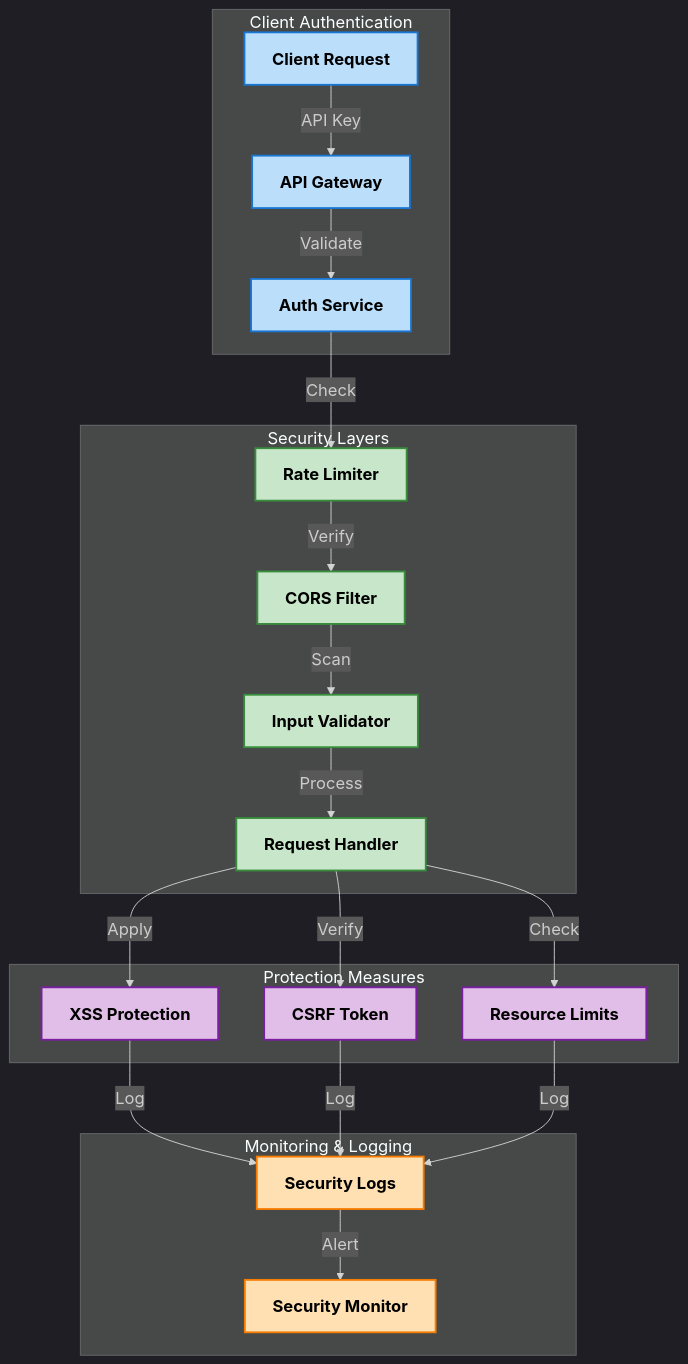
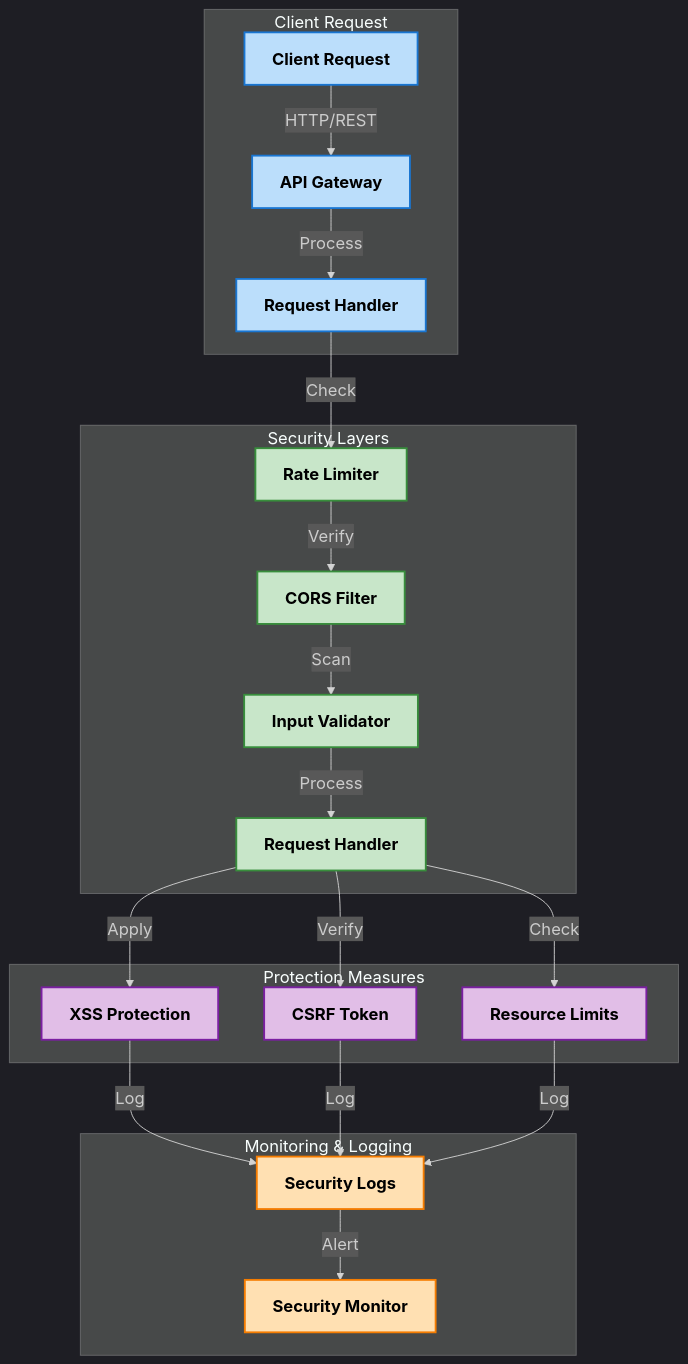
One commit to Dhruv0306/SymphonyProject1 changed the second of 9 diagrams in README.md. Above: the diagram before and after it, drawn with Mermaid. The commit also changed other lines of this file, not shown here.

````diff
--- a/README.md
+++ b/README.md
@@ -120,38 +122,38 @@
 ```mermaid
 %%{init: {'theme': 'dark', 'themeVariables': { 'fontFamily': 'arial', 'fontSize': '18px', 'fontWeight': 'bold'}}}%%
 graph TD
-    subgraph "Client Authentication"
+    subgraph "Client Request"
         style A fill:#bbdefb,stroke:#1976d2,stroke-width:2px,color:#000000,font-weight:bold
         style B fill:#bbdefb,stroke:#1976d2,stroke-width:2px,color:#000000,font-weight:bold
         style C fill:#bbdefb,stroke:#1976d2,stroke-width:2px,color:#000000,font-weight:bold
-        A[Client Request] -->|"API Key"| B[API Gateway]
-        B -->|"Validate"| C[Auth Service]
+        A[Client Request] -->|"HTTP/REST"| B[API Gateway]
+        B -->|"Process"| C[Request Handler]
     end
 
     subgraph "Security Layers"
         style D fill:#c8e6c9,stroke:#388e3c,stroke-width:2px,color:#000000,font-weight:bold
         style E fill:#c8e6c9,stroke:#388e3c,stroke-width:2px,color:#000000,font-weight:bold
         style F fill:#c8e6c9,stroke:#388e3c,stroke-width:2px,color:#000000,font-weight:bold
         style G fill:#c8e6c9,stroke:#388e3c,stroke-width:2px,color:#000000,font-weight:bold
         C -->|"Check"| D[Rate Limiter]
         D -->|"Verify"| E[CORS Filter]
         E -->|"Scan"| F[Input Validator]
         F -->|"Process"| G[Request Handler]
     end
 
     subgraph "Protection Measures"
         style H fill:#e1bee7,stroke:#7b1fa2,stroke-width:2px,color:#000000,font-weight:bold
         style I fill:#e1bee7,stroke:#7b1fa2,stroke-width:2px,color:#000000,font-weight:bold
         style J fill:#e1bee7,stroke:#7b1fa2,stroke-width:2px,color:#000000,font-weight:bold
         G -->|"Apply"| H[XSS Protection]
         G -->|"Verify"| I[CSRF Token]
         G -->|"Check"| J[Resource Limits]
     end
 
     subgraph "Monitoring & Logging"
         style K fill:#ffe0b2,stroke:#f57c00,stroke-width:2px,color:#000000,font-weight:bold
         style L fill:#ffe0b2,stroke:#f57c00,stroke-width:2px,color:#000000,font-weight:bold
         H & I & J -->|"Log"| K[Security Logs]
         K -->|"Alert"| L[Security Monitor]
     end
 ```
````
